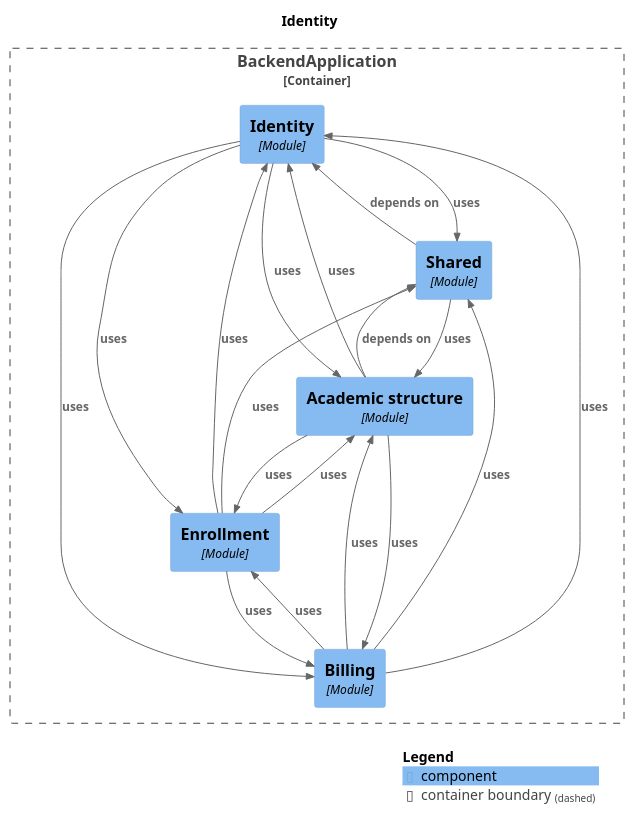
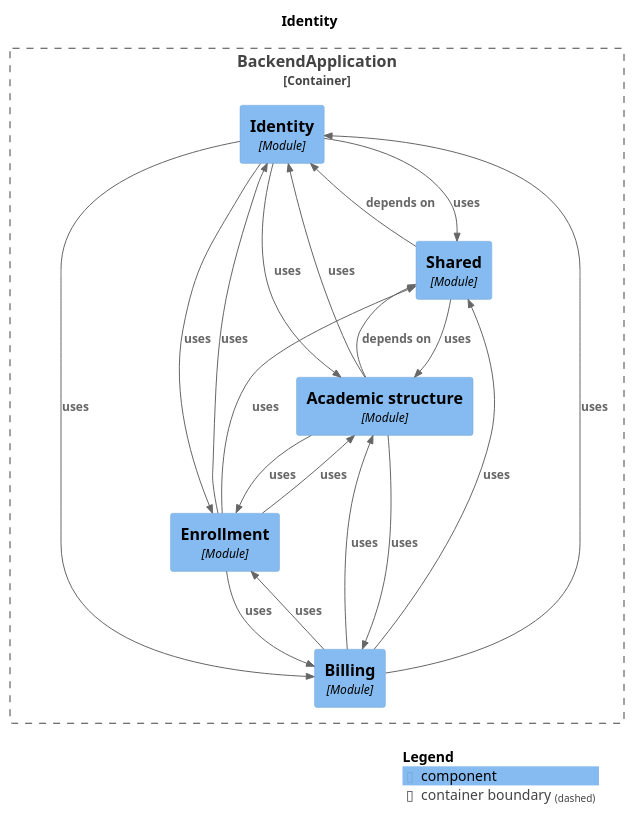
One commit to Gabriel030/agustina-bermejo-app changed the diagram in docs/architecture/module-identity.puml. Above: the diagram before and after it, drawn with PlantUML. The commit also changed other lines of this file and 14 other files, not shown here.

Commit message:
Refactor M0: docs de modulos solo con flag y deterministas; regla de inversion enrollment/billing (D-185)

```diff
--- a/docs/architecture/module-identity.puml
+++ b/docs/architecture/module-identity.puml
@@ -1,39 +1,39 @@
 @startuml
 set separator none
 title Identity
 
 top to bottom direction
 
 !include <C4/C4>
 !include <C4/C4_Context>
 !include <C4/C4_Component>
 
 Container_Boundary("BackendApplication.BackendApplication_boundary", "BackendApplication", $tags="") {
   Component(BackendApplication.BackendApplication.Identity, "Identity", $techn="Module", $descr="", $tags="", $link="")
   Component(BackendApplication.BackendApplication.Shared, "Shared", $techn="Module", $descr="", $tags="", $link="")
   Component(BackendApplication.BackendApplication.Academicstructure, "Academic structure", $techn="Module", $descr="", $tags="", $link="")
   Component(BackendApplication.BackendApplication.Billing, "Billing", $techn="Module", $descr="", $tags="", $link="")
   Component(BackendApplication.BackendApplication.Enrollment, "Enrollment", $techn="Module", $descr="", $tags="", $link="")
 }
 
+Rel(BackendApplication.BackendApplication.Academicstructure, BackendApplication.BackendApplication.Billing, "uses", $techn="", $tags="", $link="")
+Rel(BackendApplication.BackendApplication.Academicstructure, BackendApplication.BackendApplication.Enrollment, "uses", $techn="", $tags="", $link="")
+Rel(BackendApplication.BackendApplication.Academicstructure, BackendApplication.BackendApplication.Identity, "uses", $techn="", $tags="", $link="")
+Rel(BackendApplication.BackendApplication.Academicstructure, BackendApplication.BackendApplication.Shared, "depends on", $techn="", $tags="", $link="")
+Rel(BackendApplication.BackendApplication.Billing, BackendApplication.BackendApplication.Academicstructure, "uses", $techn="", $tags="", $link="")
+Rel(BackendApplication.BackendApplication.Billing, BackendApplication.BackendApplication.Enrollment, "uses", $techn="", $tags="", $link="")
+Rel(BackendApplication.BackendApplication.Billing, BackendApplication.BackendApplication.Identity, "uses", $techn="", $tags="", $link="")
+Rel(BackendApplication.BackendApplication.Billing, BackendApplication.BackendApplication.Shared, "uses", $techn="", $tags="", $link="")
 Rel(BackendApplication.BackendApplication.Enrollment, BackendApplication.BackendApplication.Academicstructure, "uses", $techn="", $tags="", $link="")
+Rel(BackendApplication.BackendApplication.Enrollment, BackendApplication.BackendApplication.Billing, "uses", $techn="", $tags="", $link="")
+Rel(BackendApplication.BackendApplication.Enrollment, BackendApplication.BackendApplication.Identity, "uses", $techn="", $tags="", $link="")
 Rel(BackendApplication.BackendApplication.Enrollment, BackendApplication.BackendApplication.Shared, "uses", $techn="", $tags="", $link="")
-Rel(BackendApplication.BackendApplication.Academicstructure, BackendApplication.BackendApplication.Shared, "depends on", $techn="", $tags="", $link="")
-Rel(BackendApplication.BackendApplication.Academicstructure, BackendApplication.BackendApplication.Enrollment, "uses", $techn="", $tags="", $link="")
-Rel(BackendApplication.BackendApplication.Academicstructure, BackendApplication.BackendApplication.Billing, "uses", $techn="", $tags="", $link="")
-Rel(BackendApplication.BackendApplication.Academicstructure, BackendApplication.BackendApplication.Identity, "uses", $techn="", $tags="", $link="")
-Rel(BackendApplication.BackendApplication.Billing, BackendApplication.BackendApplication.Identity, "uses", $techn="", $tags="", $link="")
-Rel(BackendApplication.BackendApplication.Billing, BackendApplication.BackendApplication.Enrollment, "uses", $techn="", $tags="", $link="")
-Rel(BackendApplication.BackendApplication.Billing, BackendApplication.BackendApplication.Shared, "uses", $techn="", $tags="", $link="")
-Rel(BackendApplication.BackendApplication.Billing, BackendApplication.BackendApplication.Academicstructure, "uses", $techn="", $tags="", $link="")
-Rel(BackendApplication.BackendApplication.Shared, BackendApplication.BackendApplication.Identity, "depends on", $techn="", $tags="", $link="")
-Rel(BackendApplication.BackendApplication.Shared, BackendApplication.BackendApplication.Academicstructure, "uses", $techn="", $tags="", $link="")
-Rel(BackendApplication.BackendApplication.Identity, BackendApplication.BackendApplication.Shared, "uses", $techn="", $tags="", $link="")
+Rel(BackendApplication.BackendApplication.Identity, BackendApplication.BackendApplication.Academicstructure, "uses", $techn="", $tags="", $link="")
 Rel(BackendApplication.BackendApplication.Identity, BackendApplication.BackendApplication.Billing, "uses", $techn="", $tags="", $link="")
 Rel(BackendApplication.BackendApplication.Identity, BackendApplication.BackendApplication.Enrollment, "uses", $techn="", $tags="", $link="")
-Rel(BackendApplication.BackendApplication.Identity, BackendApplication.BackendApplication.Academicstructure, "uses", $techn="", $tags="", $link="")
-Rel(BackendApplication.BackendApplication.Enrollment, BackendApplication.BackendApplication.Billing, "uses", $techn="", $tags="", $link="")
-Rel(BackendApplication.BackendApplication.Enrollment, BackendApplication.BackendApplication.Identity, "uses", $techn="", $tags="", $link="")
+Rel(BackendApplication.BackendApplication.Identity, BackendApplication.BackendApplication.Shared, "uses", $techn="", $tags="", $link="")
+Rel(BackendApplication.BackendApplication.Shared, BackendApplication.BackendApplication.Academicstructure, "uses", $techn="", $tags="", $link="")
+Rel(BackendApplication.BackendApplication.Shared, BackendApplication.BackendApplication.Identity, "depends on", $techn="", $tags="", $link="")
 
 SHOW_LEGEND(true)
 @enduml
```
